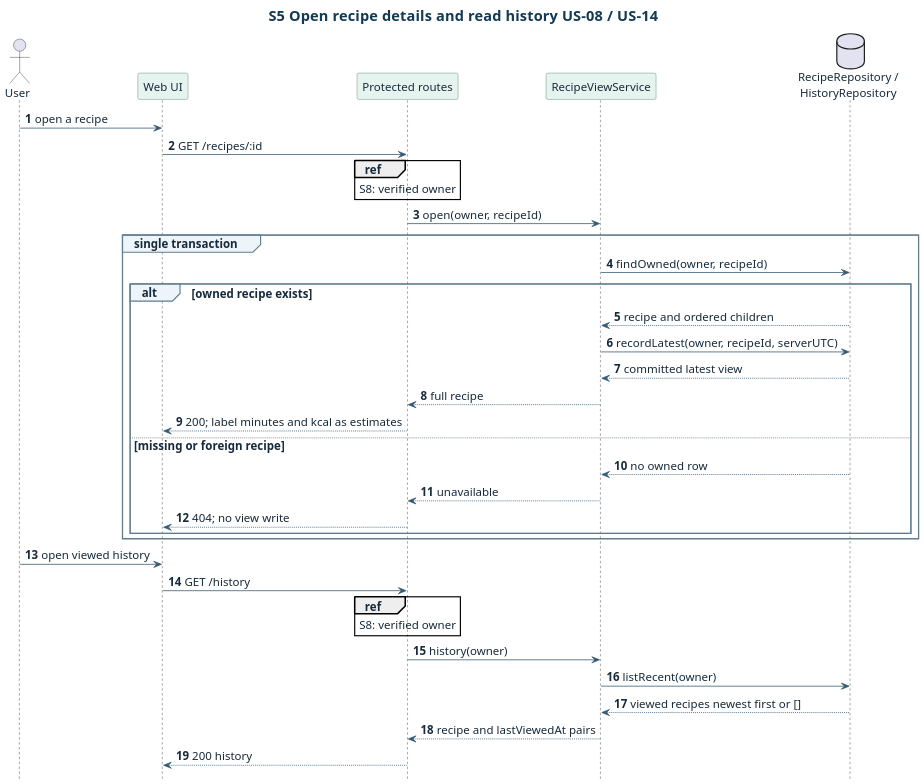
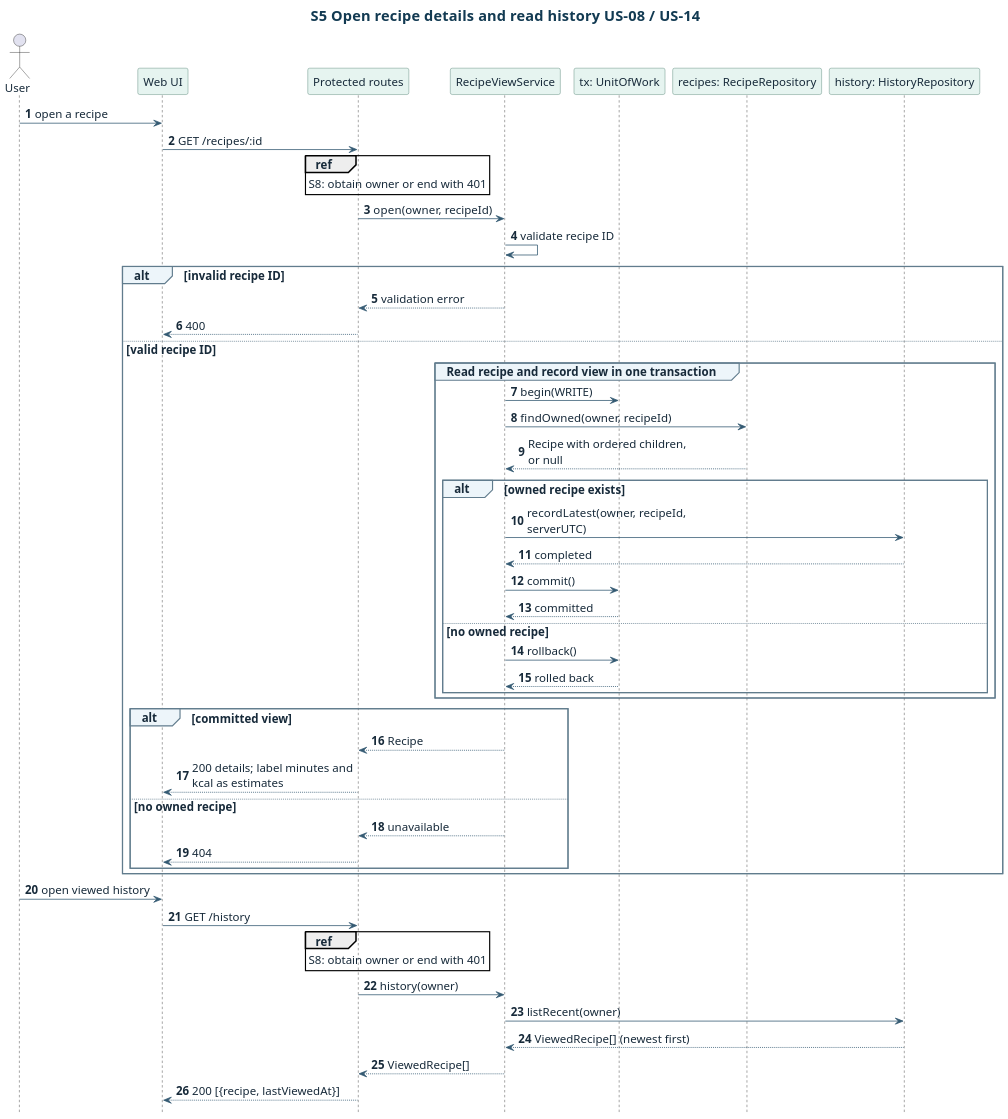
One commit to SarpCizer/CMPE331-Project changed the diagram in docs/design/sequence/details-history.puml. Above: the diagram before and after it, drawn with PlantUML. The commit also changed 15 other files, not shown here.

Commit message:
docs: validate requests in services and reply after commit

```diff
--- a/docs/design/sequence/details-history.puml
+++ b/docs/design/sequence/details-history.puml
@@ -1,54 +1,71 @@
 @startuml
 title S5  Open recipe details and read history  US-08 / US-14
 skinparam backgroundColor #FFFFFF
 skinparam defaultFontName Arial
 skinparam defaultFontColor #172A3A
 skinparam defaultFontSize 15
 skinparam ArrowColor #345A72
 skinparam Shadowing false
 skinparam dpi 150
 skinparam TitleFontColor #123A52
 skinparam TitleFontSize 19
 skinparam ClassBackgroundColor #EDF5FA
 skinparam ClassBorderColor #456F89
 skinparam ComponentBackgroundColor #EDF5FA
 skinparam ComponentBorderColor #456F89
 skinparam PackageBorderColor #456F89
 skinparam ParticipantBackgroundColor #E6F4F0
 skinparam ParticipantBorderColor #417364
 skinparam SequenceGroupBackgroundColor #EDF5FA
 skinparam SequenceGroupBorderColor #617C8D
 hide footbox
 autonumber
+skinparam maxMessageSize 220
 actor User
 participant "Web UI" as UI
 participant "Protected routes" as API
+
 participant RecipeViewService as View
-database "RecipeRepository /\nHistoryRepository" as Store
+participant "tx: UnitOfWork" as Tx
+participant "recipes: RecipeRepository" as Recipes
+participant "history: HistoryRepository" as History
 User -> UI : open a recipe
 UI -> API : GET /recipes/:id
-ref over API : S8: verified owner
+ref over API : S8: obtain owner or end with 401
 API -> View : open(owner, recipeId)
-group single transaction
-  View -> Store : findOwned(owner, recipeId)
-  alt owned recipe exists
-    Store --> View : recipe and ordered children
-    View -> Store : recordLatest(owner, recipeId, serverUTC)
-    Store --> View : committed latest view
-    View --> API : full recipe
-    API --> UI : 200; label minutes and kcal as estimates
-  else missing or foreign recipe
-    Store --> View : no owned row
+View -> View : validate recipe ID
+alt invalid recipe ID
+  View --> API : validation error
+  API --> UI : 400
+else valid recipe ID
+  group Read recipe and record view in one transaction
+    View -> Tx : begin(WRITE)
+    View -> Recipes : findOwned(owner, recipeId)
+    Recipes --> View : Recipe with ordered children, or null
+    alt owned recipe exists
+      View -> History : recordLatest(owner, recipeId, serverUTC)
+      History --> View : completed
+      View -> Tx : commit()
+      Tx --> View : committed
+    else no owned recipe
+      View -> Tx : rollback()
+      Tx --> View : rolled back
+    end
+  end
+  alt committed view
+    View --> API : Recipe
+    API --> UI : 200 details; label minutes and kcal as estimates
+  else no owned recipe
     View --> API : unavailable
-    API --> UI : 404; no view write
+    API --> UI : 404
   end
 end
 User -> UI : open viewed history
 UI -> API : GET /history
-ref over API : S8: verified owner
+ref over API : S8: obtain owner or end with 401
 API -> View : history(owner)
-View -> Store : listRecent(owner)
-Store --> View : viewed recipes newest first or []
-View --> API : recipe and lastViewedAt pairs
-API --> UI : 200 history
+View -> History : listRecent(owner)
+History --> View : ViewedRecipe[] (newest first)
+View --> API : ViewedRecipe[]
+API --> UI : 200 [{recipe, lastViewedAt}]
 @enduml
```
